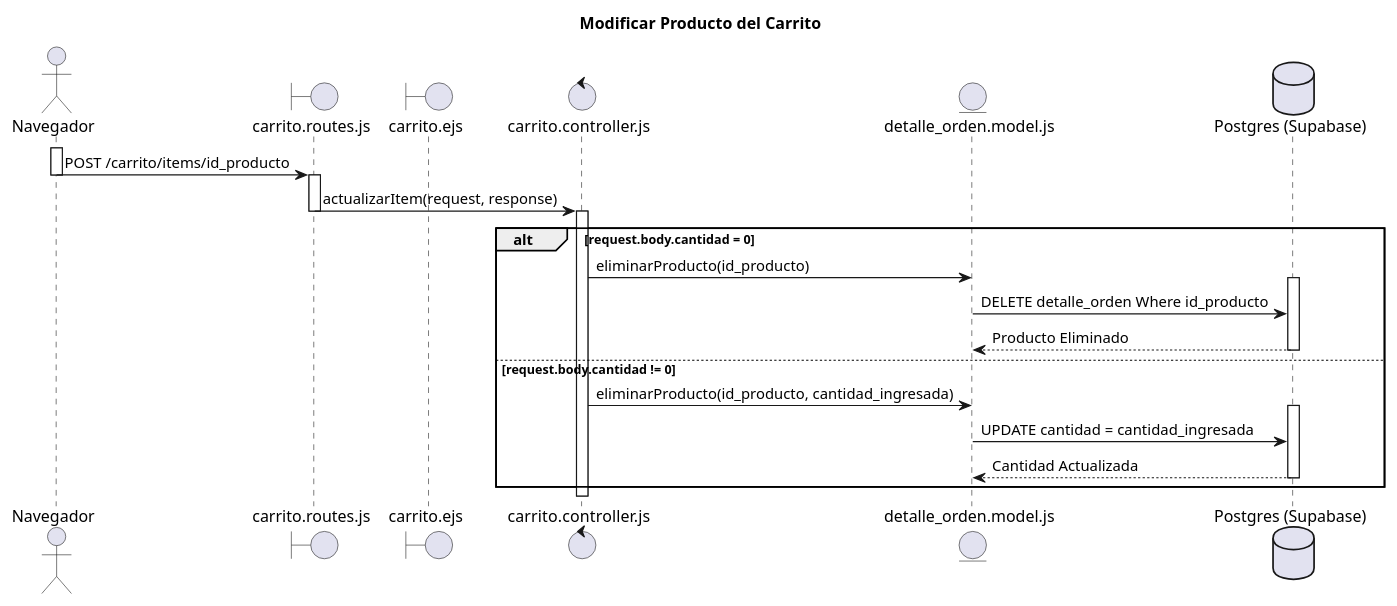
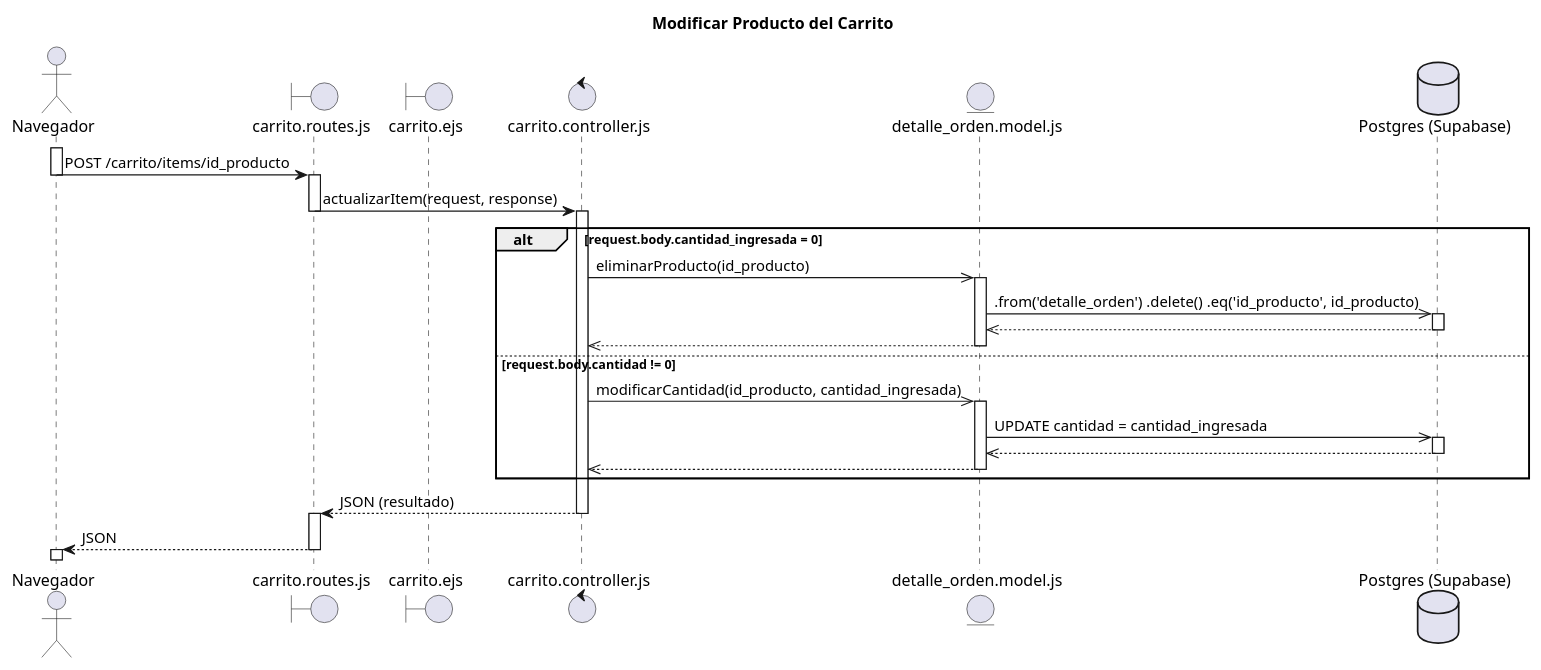
Before and after one commit to J24RM/Odysey_Lab: the diagram in Diagramas_Secuencia/ModificarProductodelCarrito.wsd, drawn with PlantUML. The commit also changed 4 other files, not shown here.

Commit message:
Implementacion Caso de Uso Modificar Producto del Carrito

```diff
--- a/Diagramas_Secuencia/ModificarProductodelCarrito.wsd
+++ b/Diagramas_Secuencia/ModificarProductodelCarrito.wsd
@@ -1,35 +1,48 @@
 @startuml Modificar Producto del Carrito
 Title "Modificar Producto del Carrito"
 
 actor Navegador as nav
 boundary "carrito.routes.js" as ruta
 boundary "carrito.ejs" as UI
 control "carrito.controller.js" as ctrl
 entity "detalle_orden.model.js" as model
 database "Postgres (Supabase)" as DB
 
 activate nav
 nav -> ruta: POST /carrito/items/id_producto 
 deactivate nav
 
 activate ruta
 ruta -> ctrl:  actualizarItem(request, response)
 deactivate ruta
 activate ctrl
 
-alt request.body.cantidad = 0
-    ctrl -> model: eliminarProducto(id_producto)
+alt request.body.cantidad_ingresada = 0
+    ctrl ->> model: eliminarProducto(id_producto)
+    activate model
+    model ->> DB: .from('detalle_orden') .delete() .eq('id_producto', id_producto)
     activate DB
-    model -> DB: DELETE detalle_orden Where id_producto
-    DB --> model: Producto Eliminado
+    DB -->> model
     deactivate DB
+    model -->> ctrl
+    deactivate model
     
 else request.body.cantidad != 0
-    ctrl -> model: eliminarProducto(id_producto, cantidad_ingresada)
+    ctrl ->> model: modificarCantidad(id_producto, cantidad_ingresada)
+    activate model
+    model ->> DB: UPDATE cantidad = cantidad_ingresada
     activate DB
-    model -> DB: UPDATE cantidad = cantidad_ingresada
-    DB --> model: Cantidad Actualizada
+    DB -->> model
     deactivate DB
+    model -->> ctrl
 
+    deactivate model
 end
+
+ctrl --> ruta: JSON (resultado)
+deactivate ctrl
+activate ruta
+ruta --> nav: JSON
+deactivate ruta
+activate nav
 @enduml
```
